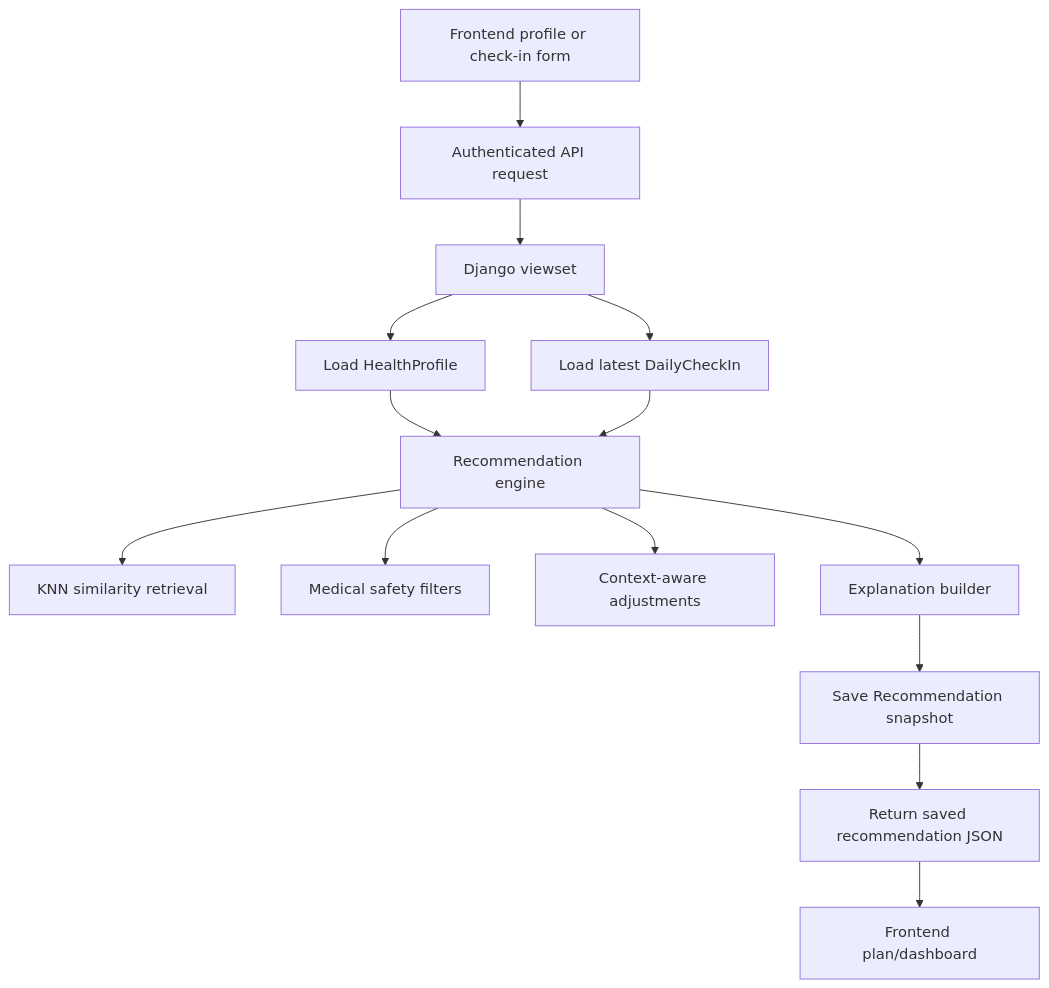
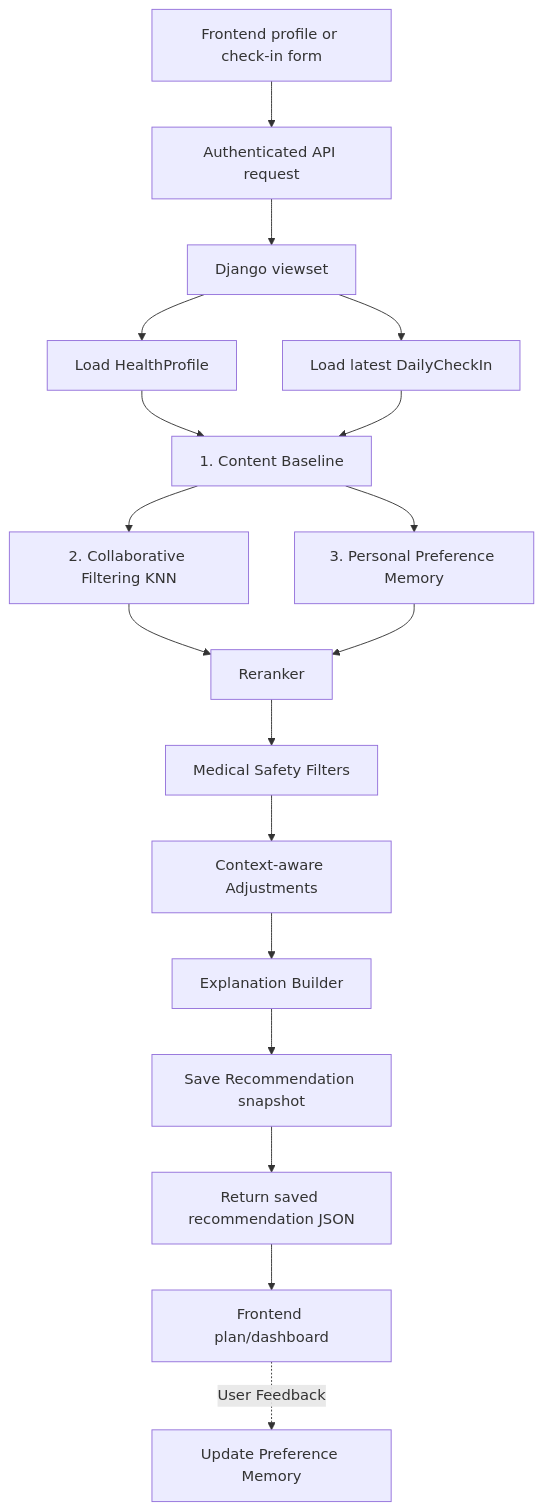
The diagram in docs/architecture.md (KaushalJainAI/FitGenius), drawn with Mermaid before and after one commit. The commit also changed other lines of this file and 33 other files, not shown here.

Commit message:
feat: integrate hybrid recommendation engine, frontend feedback loop, and fix ai chat dependencies

````diff
--- a/docs/architecture.md
+++ b/docs/architecture.md
@@ -76,16 +81,20 @@
 ```mermaid
 graph TD
     A[Frontend profile or check-in form] --> B[Authenticated API request]
     B --> C[Django viewset]
     C --> D[Load HealthProfile]
     C --> E[Load latest DailyCheckIn]
-    D --> F[Recommendation engine]
+    D --> F[1. Content Baseline]
     E --> F
-    F --> G[KNN similarity retrieval]
-    F --> H[Medical safety filters]
-    F --> I[Context-aware adjustments]
-    F --> J[Explanation builder]
-    J --> K[Save Recommendation snapshot]
-    K --> L[Return saved recommendation JSON]
-    L --> M[Frontend plan/dashboard]
+    F --> G[2. Collaborative Filtering KNN]
+    F --> H[3. Personal Preference Memory]
+    G --> I[Reranker]
+    H --> I
+    I --> J[Medical Safety Filters]
+    J --> K[Context-aware Adjustments]
+    K --> L[Explanation Builder]
+    L --> M[Save Recommendation snapshot]
+    M --> N[Return saved recommendation JSON]
+    N --> O[Frontend plan/dashboard]
+    O -.->|User Feedback| P[Update Preference Memory]
 ```
````
